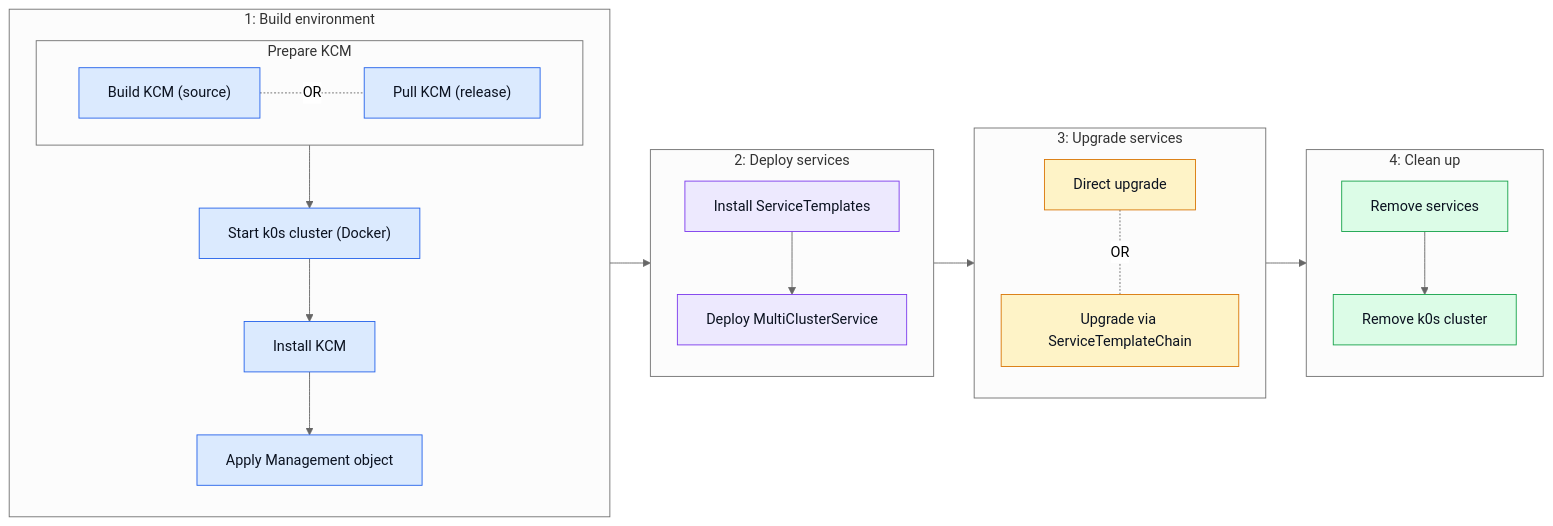
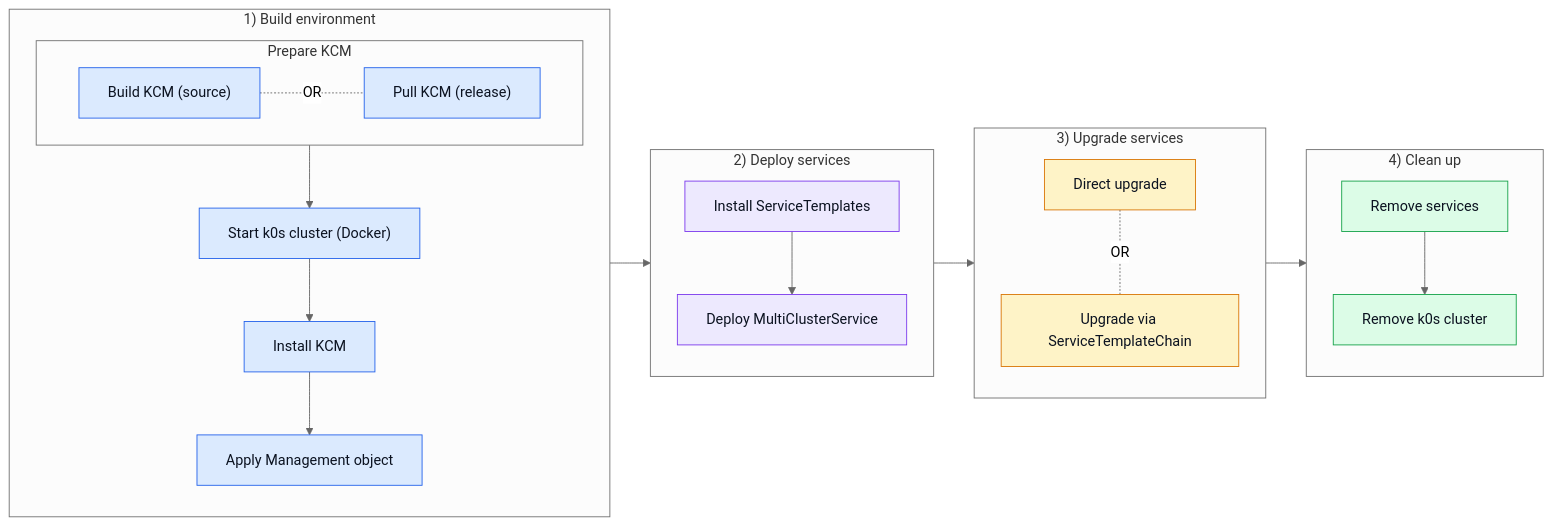
One commit to k0rdent/ksm-tests changed the diagram in README.md. Above: the diagram before and after it, drawn with Mermaid (neutral theme). The commit also changed 1 other file, not shown here.

Commit message:
ci: prefix step names with the phase from the README diagram

````diff
--- a/README.md
+++ b/README.md
@@ -12,42 +12,42 @@
 ```mermaid
 %%{init: {'flowchart': {'padding': 16, 'nodeSpacing': 40, 'rankSpacing': 45}}}%%
 flowchart LR
-    subgraph P1["1: Build environment"]
+    subgraph P1["1) Build environment"]
         direction TB
         subgraph KCMSRC["Prepare KCM"]
             direction LR
             E1["Build KCM (source)"] -. "OR" .- E2["Pull KCM (release)"]
         end
         E3["Start k0s cluster (Docker)"]
         E4["Install KCM"]
         E5["Apply Management object"]
         KCMSRC --> E3 --> E4 --> E5
     end
 
-    subgraph P2["2: Deploy services"]
+    subgraph P2["2) Deploy services"]
         direction TB
         D1["Install ServiceTemplates"] --> D2["Deploy MultiClusterService"]
     end
 
-    subgraph P3["3: Upgrade services"]
+    subgraph P3["3) Upgrade services"]
         direction TB
         U1["Direct upgrade"] -. "OR" .- U2["Upgrade via ServiceTemplateChain"]
     end
 
-    subgraph P4["4: Clean up"]
+    subgraph P4["4) Clean up"]
         direction TB
         C1["Remove services"] --> C2["Remove k0s cluster"]
     end
 
     P1 --> P2 --> P3 --> P4
 
     classDef env fill:#dbeafe,stroke:#2563eb,color:#0b1220
     classDef dep fill:#ede9fe,stroke:#7c3aed,color:#0b1220
     classDef upg fill:#fef3c7,stroke:#d97706,color:#0b1220
     classDef out fill:#dcfce7,stroke:#16a34a,color:#0b1220
 
     class E1,E2,E3,E4,E5 env
     class D1,D2 dep
     class U1,U2 upg
     class C1,C2 out
 ```
````
